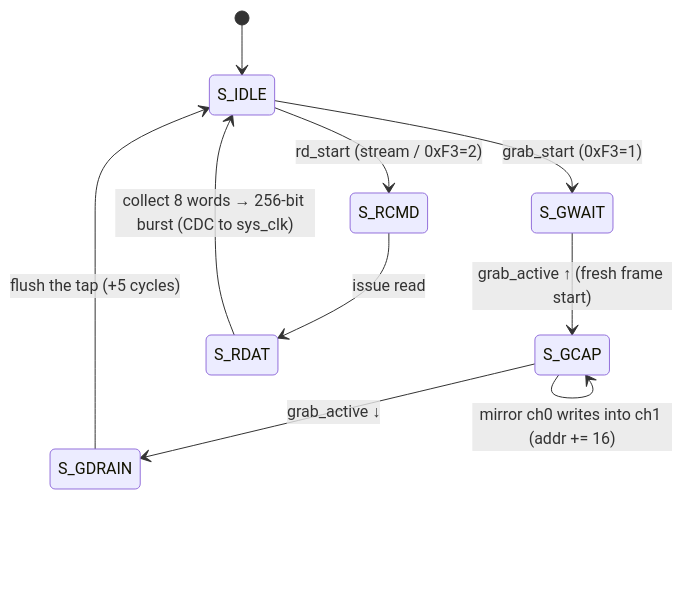
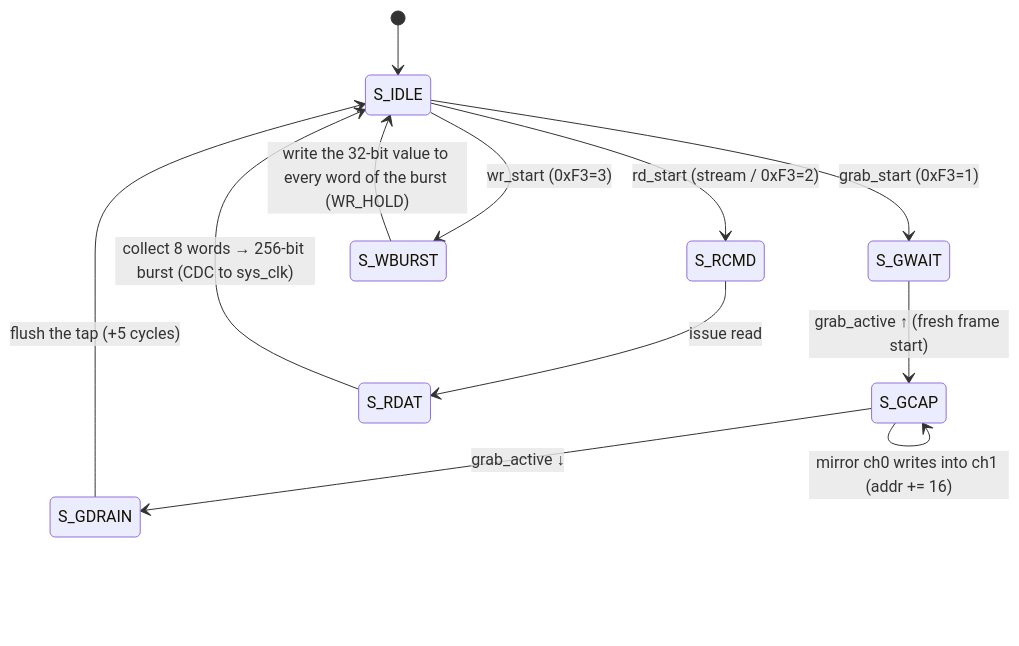
The eighth of 8 diagrams in doc/video_datapath.md (phoenix367/tang_nano_9K_ov7670), drawn with Mermaid before and after one commit. The commit also changed other lines of this file and 3 other files, not shown here.

````diff
--- a/doc/video_datapath.md
+++ b/doc/video_datapath.md
@@ -349,12 +363,14 @@
 ```mermaid
 stateDiagram-v2
     [*] --> S_IDLE
     S_IDLE --> S_GWAIT: grab_start (0xF3=1)
     S_IDLE --> S_RCMD: rd_start (stream / 0xF3=2)
+    S_IDLE --> S_WBURST: wr_start (0xF3=3)
     S_GWAIT --> S_GCAP: grab_active ↑ (fresh frame start)
     S_GCAP --> S_GCAP: mirror ch0 writes into ch1 (addr += 16)
     S_GCAP --> S_GDRAIN: grab_active ↓
     S_GDRAIN --> S_IDLE: flush the tap (+5 cycles)
     S_RCMD --> S_RDAT: issue read
     S_RDAT --> S_IDLE: collect 8 words → 256-bit burst (CDC to sys_clk)
+    S_WBURST --> S_IDLE: write the 32-bit value to every word of the burst (WR_HOLD)
 ```
````
